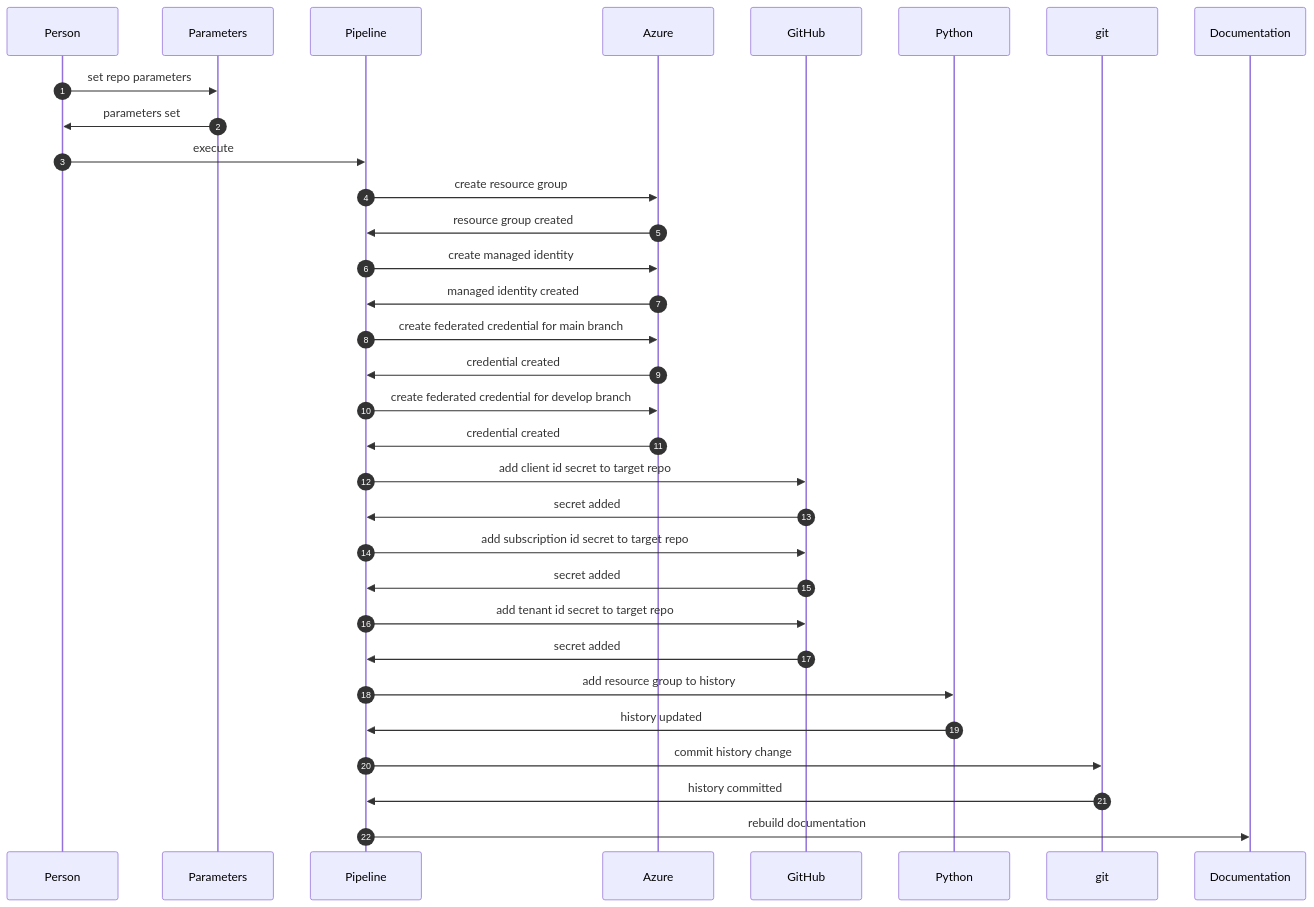
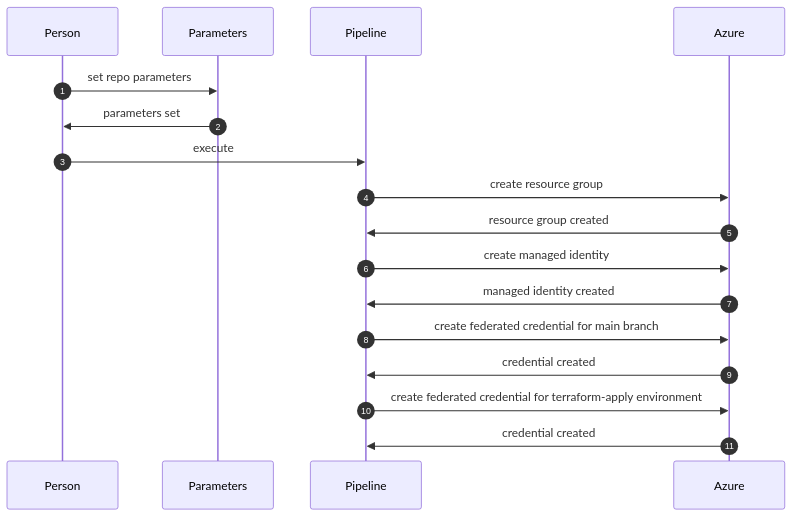
Before and after one commit to PfikestInt/IaCManager: the diagram in documentation/docs/design/sequence_diagrams/create_resource_group.md, drawn with Mermaid. The commit also changed 3 other files, not shown here.

````diff
--- a/documentation/docs/design/sequence_diagrams/create_resource_group.md
+++ b/documentation/docs/design/sequence_diagrams/create_resource_group.md
@@ -9,26 +9,15 @@
 ``` mermaid
 sequenceDiagram
   autonumber
   Person->>Parameters: set repo parameters
   Parameters->>Person: parameters set
   Person->>Pipeline: execute
   Pipeline->>Azure: create resource group
   Azure->>Pipeline: resource group created
   Pipeline->>Azure: create managed identity
   Azure->>Pipeline: managed identity created
   Pipeline->>Azure: create federated credential for main branch
   Azure->>Pipeline: credential created
-  Pipeline->>Azure: create federated credential for develop branch
+  Pipeline->>Azure: create federated credential for terraform-apply environment
   Azure->>Pipeline: credential created
-  Pipeline->>GitHub: add client id secret to target repo
-  GitHub->>Pipeline: secret added
-  Pipeline->>GitHub: add subscription id secret to target repo
-  GitHub->>Pipeline: secret added
-  Pipeline->>GitHub: add tenant id secret to target repo
-  GitHub->>Pipeline: secret added 
-  Pipeline->>Python: add resource group to history
-  Python->>Pipeline: history updated
-  Pipeline->>git: commit history change
-  git->>Pipeline: history committed
-  Pipeline->>Documentation: rebuild documentation
 ```
````
